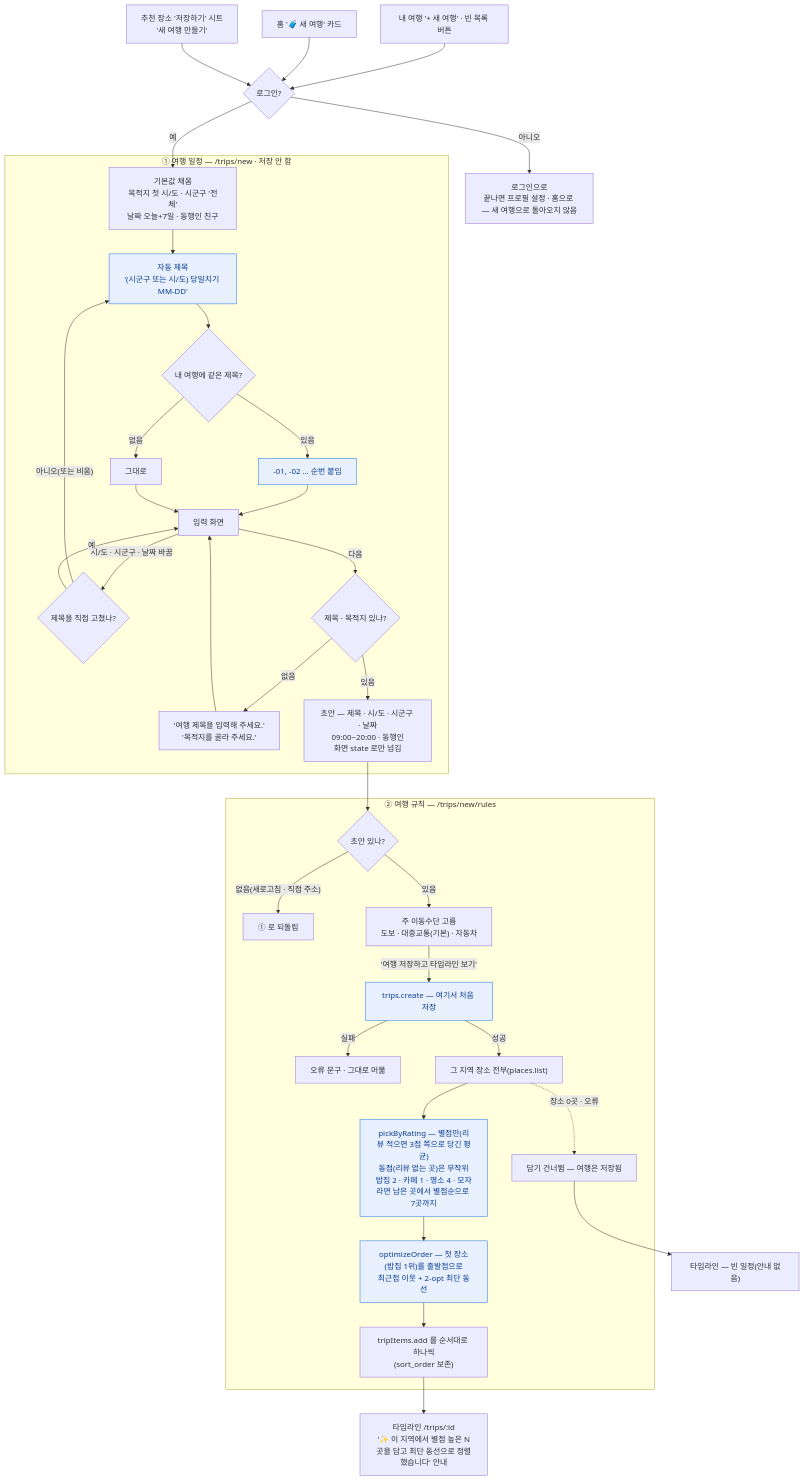
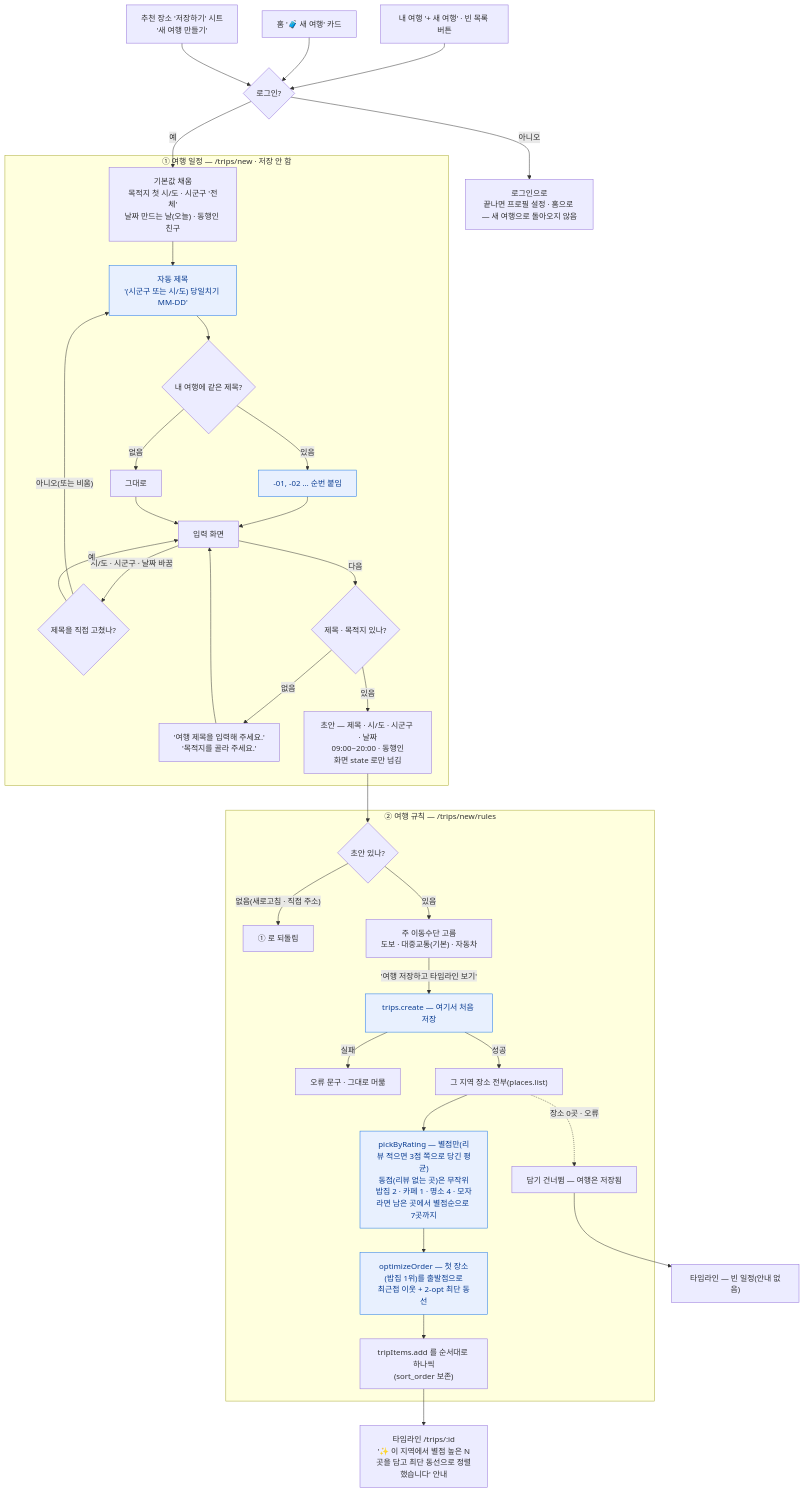
One commit to wisecomm/oneday-trip changed the diagram in 플로챠트/여행-만들기.md. Above: the diagram before and after it, drawn with Mermaid. The commit also changed other lines of this file and 6 other files, not shown here.

````diff
--- a/플로챠트/여행-만들기.md
+++ b/플로챠트/여행-만들기.md
@@ -14,42 +14,42 @@
 ```mermaid
 flowchart TD
     E1["내 여행 '+ 새 여행' · 빈 목록 버튼"] --> G{"로그인?"}
     E2["홈 '🧳 새 여행' 카드"] --> G
     E3["추천 장소 '저장하기' 시트<br/>'새 여행 만들기'"] --> G
     G -- "아니오" --> L["로그인으로<br/>끝나면 프로필 설정 · 홈으로 — 새 여행으로 돌아오지 않음"]
     G -- "예" --> S1
 
     subgraph A["① 여행 일정 — /trips/new · 저장 안 함"]
-        S1["기본값 채움<br/>목적지 첫 시/도 · 시군구 '전체'<br/>날짜 오늘+7일 · 동행인 친구"] --> T1["자동 제목<br/>'(시군구 또는 시/도) 당일치기 MM-DD'"]:::dec
+        S1["기본값 채움<br/>목적지 첫 시/도 · 시군구 '전체'<br/>날짜 만드는 날(오늘) · 동행인 친구"] --> T1["자동 제목<br/>'(시군구 또는 시/도) 당일치기 MM-DD'"]:::dec
         T1 --> T2{"내 여행에 같은 제목?"}
         T2 -- "있음" --> T3["-01, -02 … 순번 붙임"]:::dec
         T2 -- "없음" --> T4["그대로"]
         T3 --> F["입력 화면"]
         T4 --> F
         F -- "시/도 · 시군구 · 날짜 바꿈" --> T5{"제목을 직접 고쳤나?"}
         T5 -- "아니오(또는 비움)" --> T1
         T5 -- "예" --> F
         F -- "다음" --> V{"제목 · 목적지 있나?"}
         V -- "없음" --> VE["'여행 제목을 입력해 주세요.'<br/>'목적지를 골라 주세요.'"] --> F
         V -- "있음" --> D["초안 — 제목 · 시/도 · 시군구 · 날짜<br/>09:00~20:00 · 동행인<br/>화면 state 로만 넘김"]
     end
 
     D --> R0
 
     subgraph B["② 여행 규칙 — /trips/new/rules"]
         R0{"초안 있나?"} -- "없음(새로고침 · 직접 주소)" --> RB["① 로 되돌림"]
         R0 -- "있음" --> R1["주 이동수단 고름<br/>도보 · 대중교통(기본) · 자동차"]
         R1 -- "'여행 저장하고 타임라인 보기'" --> R2["trips.create — 여기서 처음 저장"]:::dec
         R2 -- "실패" --> RE["오류 문구 · 그대로 머묾"]
         R2 -- "성공" --> P1["그 지역 장소 전부(places.list)"]
         P1 --> P2["pickByRating — 별점만(리뷰 적으면 3점 쪽으로 당긴 평균)<br/>동점(리뷰 없는 곳)은 무작위<br/>밥집 2 · 카페 1 · 명소 4 · 모자라면 남은 곳에서 별점순으로 7곳까지"]:::dec
         P2 --> P3["optimizeOrder — 첫 장소(밥집 1위)를 출발점으로<br/>최근접 이웃 + 2-opt 최단 동선"]:::dec
         P3 --> P4["tripItems.add 를 순서대로 하나씩<br/>(sort_order 보존)"]
         P1 -. "장소 0곳 · 오류" .-> P5["담기 건너뜀 — 여행은 저장됨"]
     end
 
     P4 --> TL["타임라인 /trips/:id<br/>'✨ 이 지역에서 별점 높은 N곳을 담고 최단 동선으로 정렬했습니다' 안내"]
     P5 --> TL0["타임라인 — 빈 일정(안내 없음)"]
 
     classDef dec fill:#e8f0fe,stroke:#1a73e8,color:#0b3d91
 ```
````
